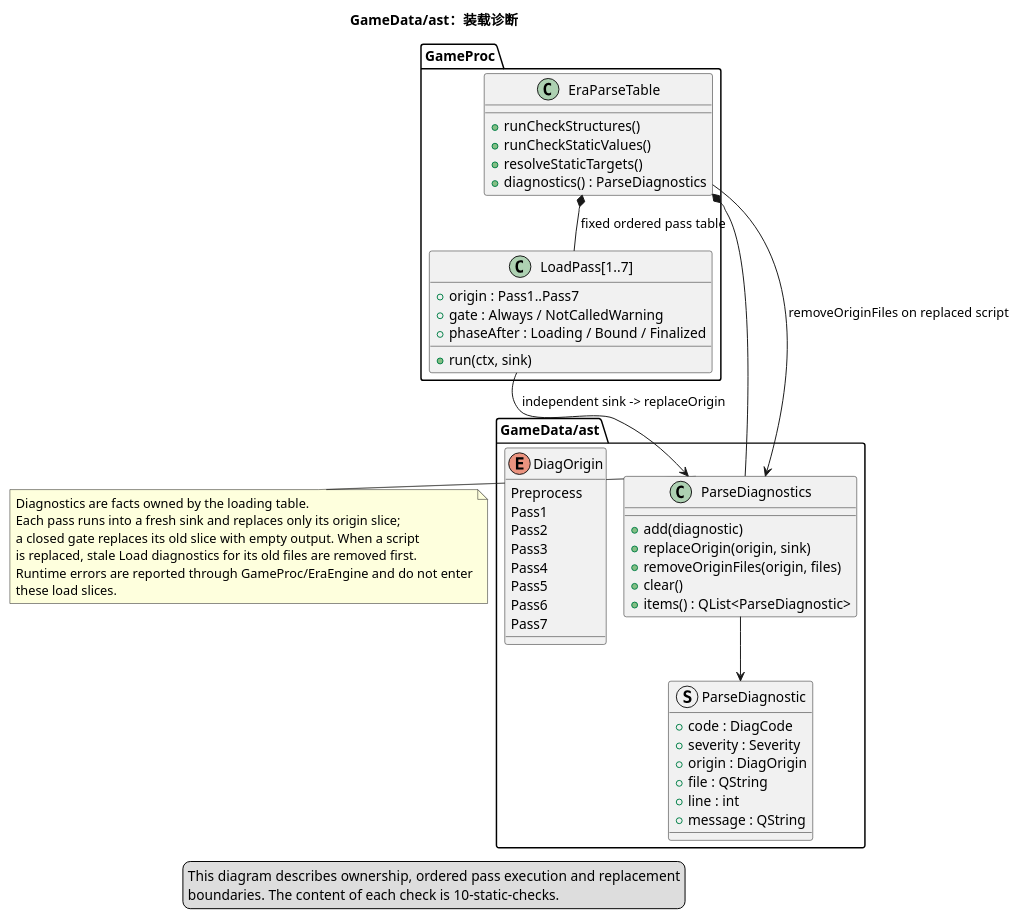
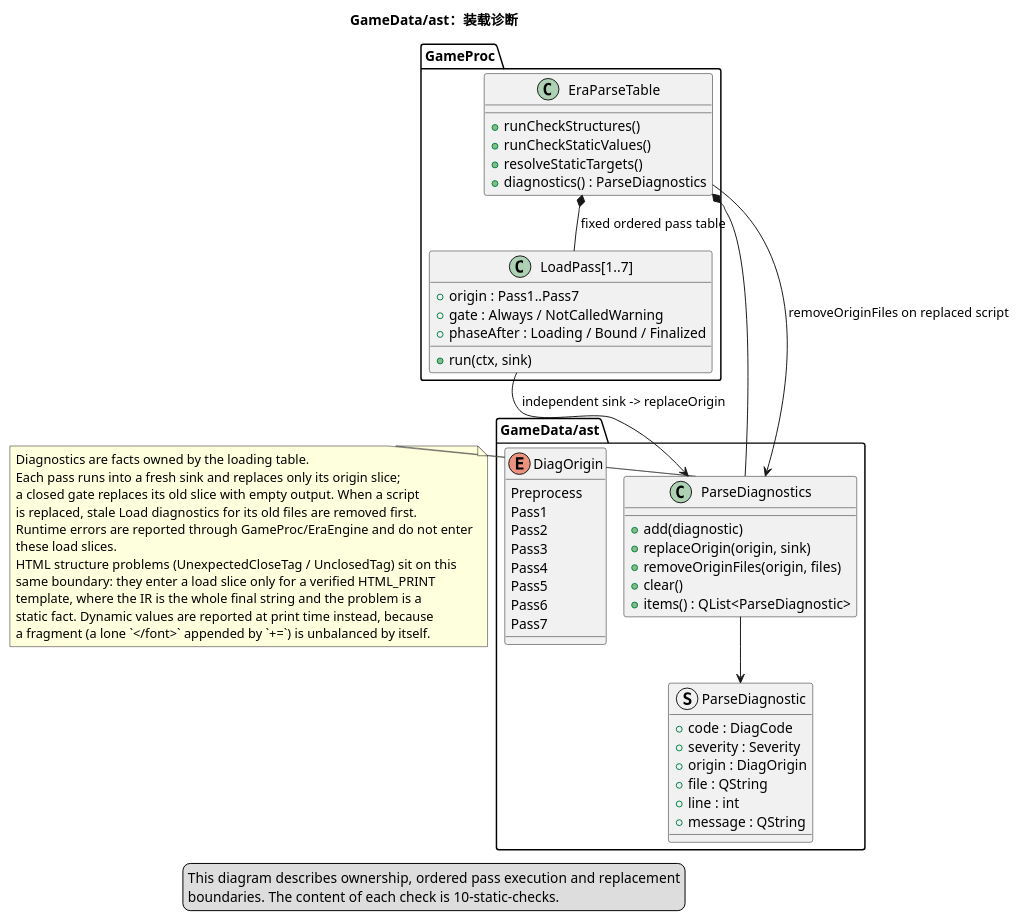
Before and after one commit to yigekuyou/qt-eraemu: the diagram in docs/uml/09-diagnostics.puml, drawn with PlantUML. The commit also changed 8 other files, not shown here.

```diff
--- a/docs/uml/09-diagnostics.puml
+++ b/docs/uml/09-diagnostics.puml
@@ -1,70 +1,75 @@
 @startuml 09-diagnostics
 !pragma layout smetana
 ' 装载诊断数据流与所有权；静态检查目录见 10-static-checks。
 ' 来源：GameData/ast/parse_diagnostic.h, GameProc/era_parse_table.cpp
 
 title GameData/ast：装载诊断
 
 package "GameData/ast" {
   class ParseDiagnostics {
     + add(diagnostic)
     + replaceOrigin(origin, sink)
     + removeOriginFiles(origin, files)
     + clear()
     + items() : QList<ParseDiagnostic>
   }
   struct ParseDiagnostic {
     + code : DiagCode
     + severity : Severity
     + origin : DiagOrigin
     + file : QString
     + line : int
     + message : QString
   }
   enum DiagOrigin {
     Preprocess
     Pass1
     Pass2
     Pass3
     Pass4
     Pass5
     Pass6
     Pass7
   }
 }
 
 package "GameProc" {
   class EraParseTable {
     + runCheckStructures()
     + runCheckStaticValues()
     + resolveStaticTargets()
     + diagnostics() : ParseDiagnostics
   }
   class "LoadPass[1..7]" as Pass {
     + origin : Pass1..Pass7
     + gate : Always / NotCalledWarning
     + phaseAfter : Loading / Bound / Finalized
     + run(ctx, sink)
   }
 }
 
 EraParseTable *-- ParseDiagnostics
 EraParseTable *-- Pass : fixed ordered pass table
 Pass --> ParseDiagnostics : independent sink -> replaceOrigin
 ParseDiagnostics --> ParseDiagnostic
 EraParseTable --> ParseDiagnostics : removeOriginFiles on replaced script
 
 note right of ParseDiagnostics
   Diagnostics are facts owned by the loading table.
   Each pass runs into a fresh sink and replaces only its origin slice;
   a closed gate replaces its old slice with empty output. When a script
   is replaced, stale Load diagnostics for its old files are removed first.
   Runtime errors are reported through GameProc/EraEngine and do not enter
   these load slices.
+  HTML structure problems (UnexpectedCloseTag / UnclosedTag) sit on this
+  same boundary: they enter a load slice only for a verified HTML_PRINT
+  template, where the IR is the whole final string and the problem is a
+  static fact. Dynamic values are reported at print time instead, because
+  a fragment (a lone `</font>` appended by `+=`) is unbalanced by itself.
 end note
 
 legend bottom
   This diagram describes ownership, ordered pass execution and replacement
   boundaries. The content of each check is 10-static-checks.
 endlegend
 @enduml
```
